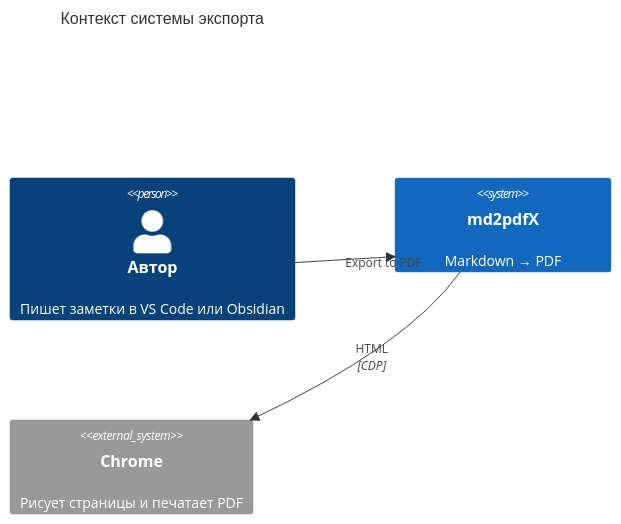
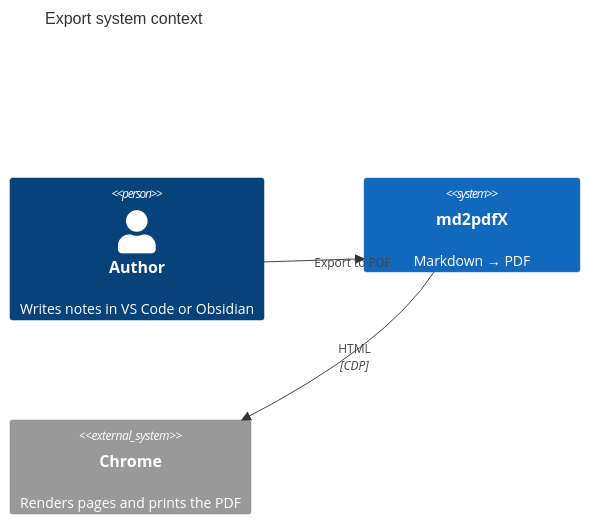
One commit to Kseen715/md2pdfX changed the second of 8 diagrams in examples/engineering.md. Above: the diagram before and after it, drawn with Mermaid. The commit also changed other lines of this file and 25 other files, not shown here.

````diff
--- a/examples/engineering.md
+++ b/examples/engineering.md
@@ -24,9 +24,9 @@
 ```mermaid
 C4Context
-    title Контекст системы экспорта
-    Person(user, "Автор", "Пишет заметки в VS Code или Obsidian")
+    title Export system context
+    Person(user, "Author", "Writes notes in VS Code or Obsidian")
     System(md2pdf, "md2pdfX", "Markdown → PDF")
-    System_Ext(chrome, "Chrome", "Рисует страницы и печатает PDF")
+    System_Ext(chrome, "Chrome", "Renders pages and prints the PDF")
     Rel(user, md2pdf, "Export to PDF")
     Rel(md2pdf, chrome, "HTML", "CDP")
 ```
````
